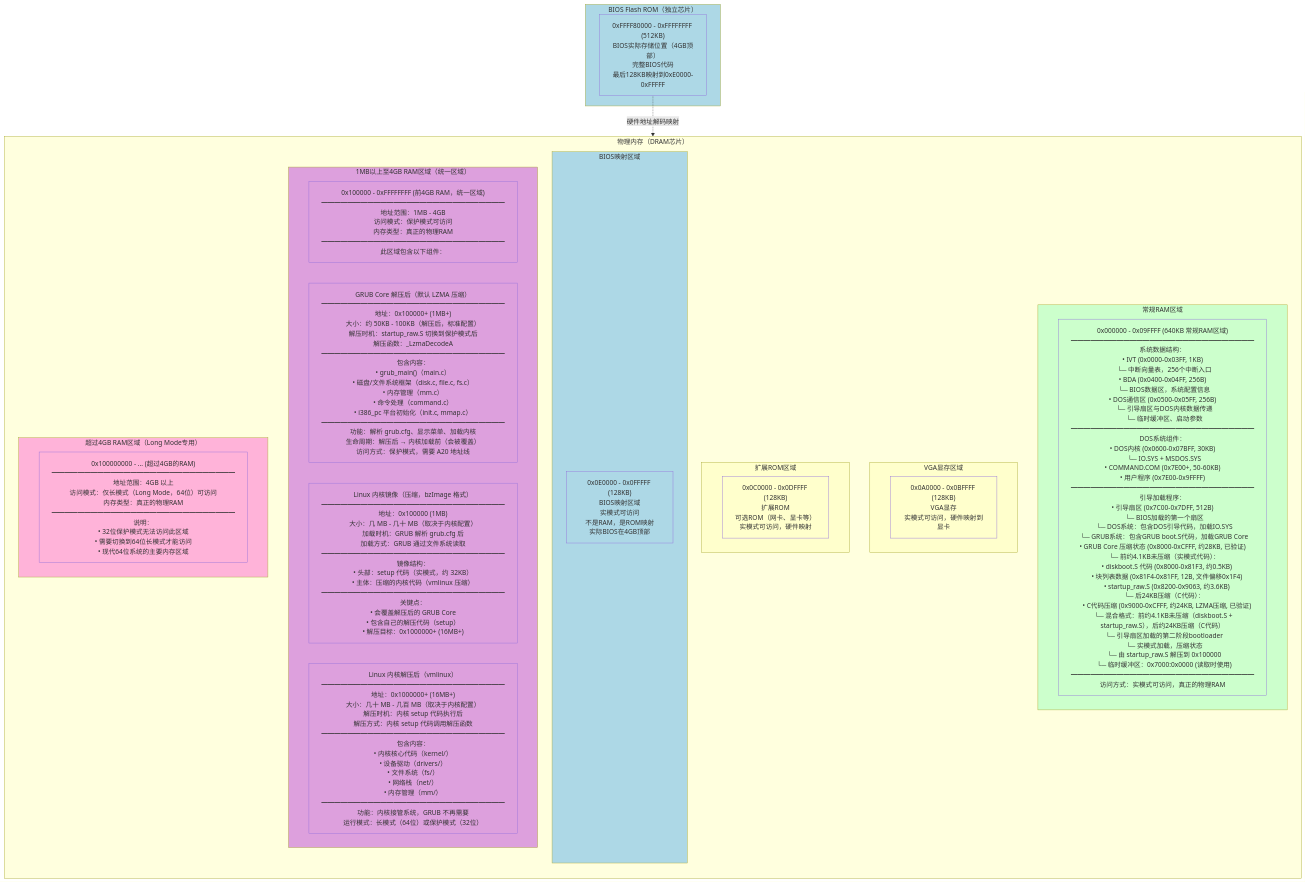
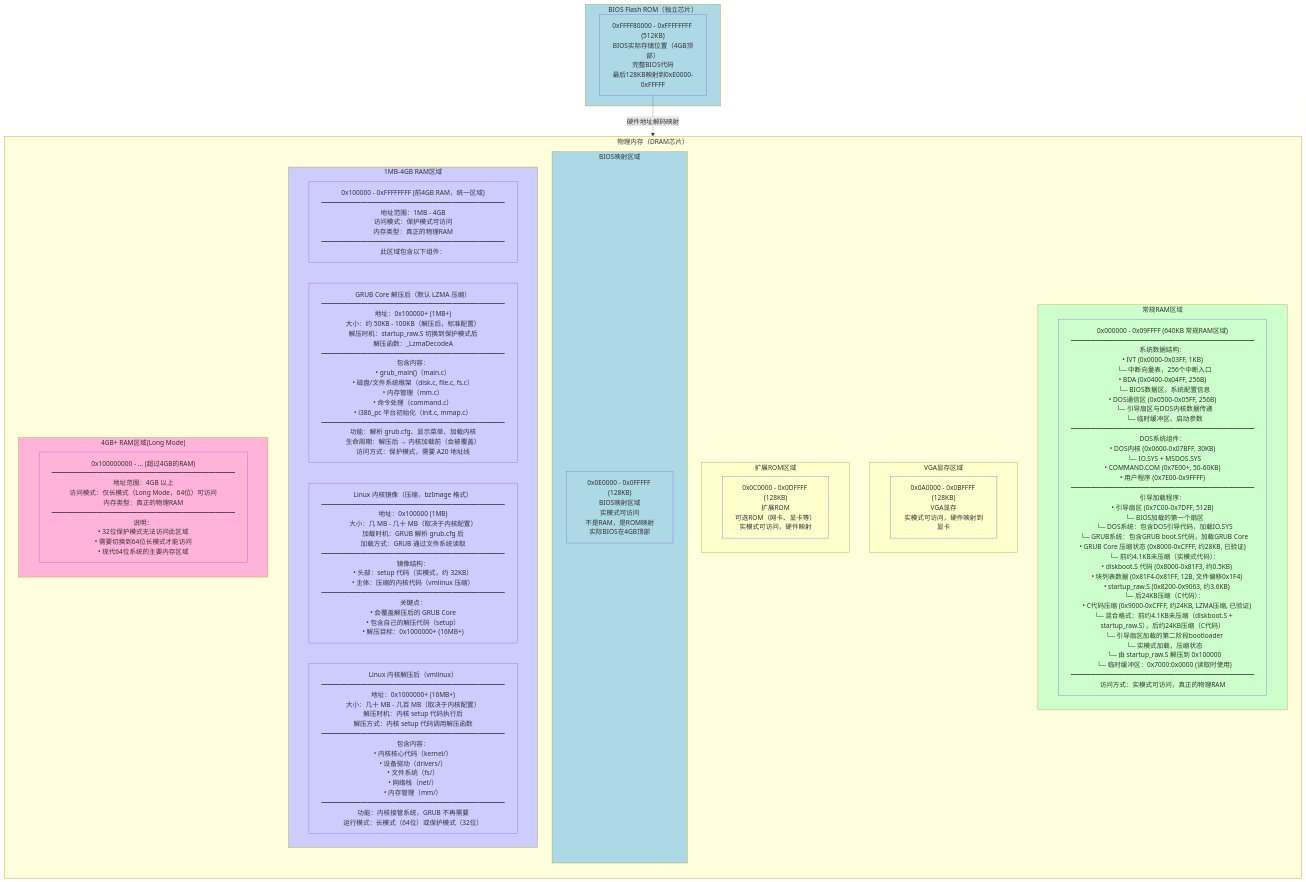
Before and after one commit to liweinan/bootimage-example: the diagram in BIOS_MEMORY_LAYOUT.md, drawn with Mermaid.

Commit message:
优化内存布局图标题和颜色
- 将 4GB 区间颜色改回原来的浅蓝色 (#ccccff)
- 缩短子图标题避免文字重叠：
  * '1MB以上至4GB RAM区域（统一区域）' → '1MB-4GB RAM区域'
  * '超过4GB RAM区域（Long Mode专用）' → '4GB+ RAM区域(Long Mode)'

````diff
--- a/BIOS_MEMORY_LAYOUT.md
+++ b/BIOS_MEMORY_LAYOUT.md
@@ -287,57 +287,57 @@
    ```mermaid
    flowchart TB
        subgraph DRAM["物理内存（DRAM芯片）"]
            direction TB
            
            subgraph Low640KB["常规RAM区域"]
                LowRAM["0x000000 - 0x09FFFF (640KB 常规RAM区域)<br/>━━━━━━━━━━━━━━━━━━━━━━━━━━━━<br/>系统数据结构：<br/>• IVT (0x0000-0x03FF, 1KB)<br/>  └─ 中断向量表，256个中断入口<br/>• BDA (0x0400-0x04FF, 256B)<br/>  └─ BIOS数据区，系统配置信息<br/>• DOS通信区 (0x0500-0x05FF, 256B)<br/>  └─ 引导扇区与DOS内核数据传递<br/>  └─ 临时缓冲区、启动参数<br/>━━━━━━━━━━━━━━━━━━━━━━━━━━━━<br/>DOS系统组件：<br/>• DOS内核 (0x0600-0x07BFF, 30KB)<br/>  └─ IO.SYS + MSDOS.SYS<br/>• COMMAND.COM (0x7E00+, 50-60KB)<br/>• 用户程序 (0x7E00-0x9FFFF)<br/>━━━━━━━━━━━━━━━━━━━━━━━━━━━━<br/>引导加载程序：<br/>• 引导扇区 (0x7C00-0x7DFF, 512B)<br/>  └─ BIOS加载的第一个扇区<br/>  └─ DOS系统：包含DOS引导代码，加载IO.SYS<br/>  └─ GRUB系统：包含GRUB boot.S代码，加载GRUB Core<br/>• GRUB Core 压缩状态 (0x8000-0xCFFF, 约28KB, 已验证)<br/>  └─ 前约4.1KB未压缩（实模式代码）：<br/>     • diskboot.S 代码 (0x8000-0x81F3, 约0.5KB)<br/>     • 块列表数据 (0x81F4-0x81FF, 12B, 文件偏移0x1F4)<br/>     • startup_raw.S (0x8200-0x9063, 约3.6KB)<br/>  └─ 后24KB压缩（C代码）：<br/>     • C代码压缩 (0x9000-0xCFFF, 约24KB, LZMA压缩, 已验证)<br/>  └─ 混合格式：前约4.1KB未压缩（diskboot.S + startup_raw.S），后约24KB压缩（C代码）<br/>  └─ 引导扇区加载的第二阶段bootloader<br/>  └─ 实模式加载，压缩状态<br/>  └─ 由 startup_raw.S 解压到 0x100000<br/>  └─ 临时缓冲区：0x7000:0x0000 (读取时使用)<br/>━━━━━━━━━━━━━━━━━━━━━━━━━━━━<br/>访问方式：实模式可访问，真正的物理RAM"]
            end
            
            subgraph VGARAM["VGA显存区域"]
                VGAMem["0x0A0000 - 0x0BFFFF (128KB)<br/>VGA显存<br/>实模式可访问，硬件映射到显卡"]
            end
            
            subgraph ExtROM["扩展ROM区域"]
                OptionROM["0x0C0000 - 0x0DFFFF (128KB)<br/>扩展ROM<br/>可选ROM（网卡、显卡等）<br/>实模式可访问，硬件映射"]
            end
            
            subgraph BIOSMap["BIOS映射区域"]
                BIOSMapped["0x0E0000 - 0x0FFFFF (128KB)<br/>BIOS映射区域<br/>实模式可访问<br/>不是RAM，是ROM映射<br/>实际BIOS在4GB顶部"]
            end
            
-           subgraph Above1MB["1MB以上至4GB RAM区域（统一区域）"]
+           subgraph Above1MB["1MB-4GB RAM区域"]
                RAM4GB["0x100000 - 0xFFFFFFFF (前4GB RAM，统一区域)<br/>━━━━━━━━━━━━━━━━━━━━━━━━━━━━<br/>地址范围：1MB - 4GB<br/>访问模式：保护模式可访问<br/>内存类型：真正的物理RAM<br/>━━━━━━━━━━━━━━━━━━━━━━━━━━━━<br/>此区域包含以下组件："]
                GRUBDecomp["GRUB Core 解压后（默认 LZMA 压缩）<br/>━━━━━━━━━━━━━━━━━━━━━━━━━━━━<br/>地址：0x100000+ (1MB+)<br/>大小：约 50KB - 100KB（解压后，标准配置）<br/>解压时机：startup_raw.S 切换到保护模式后<br/>解压函数：_LzmaDecodeA<br/>━━━━━━━━━━━━━━━━━━━━━━━━━━━━<br/>包含内容：<br/>• grub_main()（main.c）<br/>• 磁盘/文件系统框架（disk.c, file.c, fs.c）<br/>• 内存管理（mm.c）<br/>• 命令处理（command.c）<br/>• i386_pc 平台初始化（init.c, mmap.c）<br/>━━━━━━━━━━━━━━━━━━━━━━━━━━━━<br/>功能：解析 grub.cfg、显示菜单、加载内核<br/>生命周期：解压后 → 内核加载前（会被覆盖）<br/>访问方式：保护模式，需要 A20 地址线"]
                KernelLoad["Linux 内核镜像（压缩，bzImage 格式）<br/>━━━━━━━━━━━━━━━━━━━━━━━━━━━━<br/>地址：0x100000 (1MB)<br/>大小：几 MB - 几十 MB（取决于内核配置）<br/>加载时机：GRUB 解析 grub.cfg 后<br/>加载方式：GRUB 通过文件系统读取<br/>━━━━━━━━━━━━━━━━━━━━━━━━━━━━<br/>镜像结构：<br/>• 头部：setup 代码（实模式，约 32KB）<br/>• 主体：压缩的内核代码（vmlinux 压缩）<br/>━━━━━━━━━━━━━━━━━━━━━━━━━━━━<br/>关键点：<br/>• 会覆盖解压后的 GRUB Core<br/>• 包含自己的解压代码（setup）<br/>• 解压目标：0x1000000+ (16MB+)"]
                KernelDecomp["Linux 内核解压后（vmlinux）<br/>━━━━━━━━━━━━━━━━━━━━━━━━━━━━<br/>地址：0x1000000+ (16MB+)<br/>大小：几十 MB - 几百 MB（取决于内核配置）<br/>解压时机：内核 setup 代码执行后<br/>解压方式：内核 setup 代码调用解压函数<br/>━━━━━━━━━━━━━━━━━━━━━━━━━━━━<br/>包含内容：<br/>• 内核核心代码（kernel/）<br/>• 设备驱动（drivers/）<br/>• 文件系统（fs/）<br/>• 网络栈（net/）<br/>• 内存管理（mm/）<br/>━━━━━━━━━━━━━━━━━━━━━━━━━━━━<br/>功能：内核接管系统，GRUB 不再需要<br/>运行模式：长模式（64位）或保护模式（32位）"]
            end
            
-           subgraph Above4GB["超过4GB RAM区域（Long Mode专用）"]
+           subgraph Above4GB["4GB+ RAM区域(Long Mode)"]
                RAM8GB["0x100000000 - ... (超过4GB的RAM)<br/>━━━━━━━━━━━━━━━━━━━━━━━━━━━━<br/>地址范围：4GB 以上<br/>访问模式：仅长模式（Long Mode，64位）可访问<br/>内存类型：真正的物理RAM<br/>━━━━━━━━━━━━━━━━━━━━━━━━━━━━<br/>说明：<br/>• 32位保护模式无法访问此区域<br/>• 需要切换到64位长模式才能访问<br/>• 现代64位系统的主要内存区域"]
            end
        end
        
        subgraph BIOSROM["BIOS Flash ROM（独立芯片）"]
            BIOSFull["0xFFFF80000 - 0xFFFFFFFF (512KB)<br/>BIOS实际存储位置（4GB顶部）<br/>完整BIOS代码<br/>最后128KB映射到0xE0000-0xFFFFF"]
        end
        
        BIOSFull -.->|"硬件地址解码映射"| BIOSMapped
        
        style Low640KB fill:#ccffcc
        style LowRAM fill:#ccffcc
        style VGARAM fill:#ffffcc
        style VGAMem fill:#ffffcc
        style ExtROM fill:#ffffcc
        style OptionROM fill:#ffffcc
        style BIOSMap fill:#add8e6
        style BIOSMapped fill:#add8e6
-       style Above1MB fill:#dda0dd
-       style RAM4GB fill:#dda0dd
-       style GRUBDecomp fill:#dda0dd
-       style KernelLoad fill:#dda0dd
-       style KernelDecomp fill:#dda0dd
+       style Above1MB fill:#ccccff
+       style RAM4GB fill:#ccccff
+       style GRUBDecomp fill:#ccccff
+       style KernelLoad fill:#ccccff
+       style KernelDecomp fill:#ccccff
        style Above4GB fill:#ffb3d9
        style RAM8GB fill:#ffb3d9
        style BIOSROM fill:#add8e6
        style BIOSFull fill:#add8e6
    ```
````
